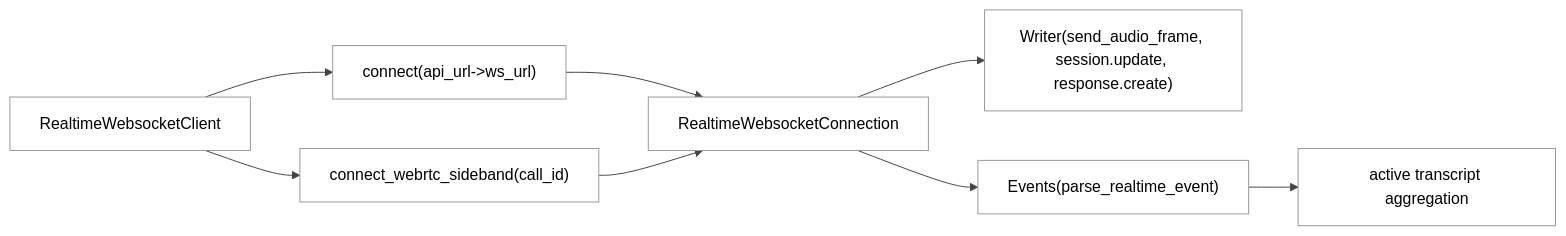
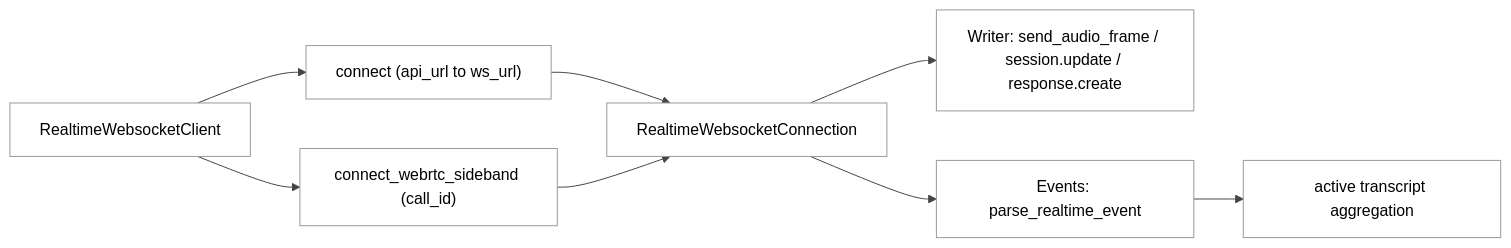
One commit to GLBB/codex-source-analysis changed the fourth of 6 diagrams in Part I Principles and Usage/08-Provider与API模式.md. Above: the diagram before and after it, drawn with Mermaid. The commit also changed other lines of this file and 12 other files, not shown here.

````diff
--- a/Part I Principles and Usage/08-Provider与API模式.md
+++ b/Part I Principles and Usage/08-Provider与API模式.md
@@ -430,11 +430,11 @@
 ```mermaid
 %%{init: {"theme":"neutral","themeCSS":"svg { background: #ffffff !important; } .label, .nodeLabel, .edgeLabel, text { fill: #000000 !important; color: #000000 !important; }","themeVariables":{"background":"#ffffff","mainBkg":"#ffffff","primaryColor":"#f5f5f5","primaryTextColor":"#000000","primaryBorderColor":"#333333","lineColor":"#444444","secondaryColor":"#f6f8fa","tertiaryColor":"#ffffff","clusterBkg":"#fafafa","clusterBorder":"#888888","edgeLabelBackground":"#ffffff","fontFamily":"Helvetica"}}}%%
 flowchart LR
-    A["RealtimeWebsocketClient"] --> B["connect(api_url->ws_url)"]
-    A --> C["connect_webrtc_sideband(call_id)"]
+    A["RealtimeWebsocketClient"] --> B["connect (api_url to ws_url)"]
+    A --> C["connect_webrtc_sideband (call_id)"]
     B --> D["RealtimeWebsocketConnection"]
     C --> D
-    D --> E["Writer(send_audio_frame, session.update, response.create)"]
-    D --> F["Events(parse_realtime_event)"]
+    D --> E["Writer: send_audio_frame / session.update / response.create"]
+    D --> F["Events: parse_realtime_event"]
     F --> G["active transcript aggregation"]
 ```
````
